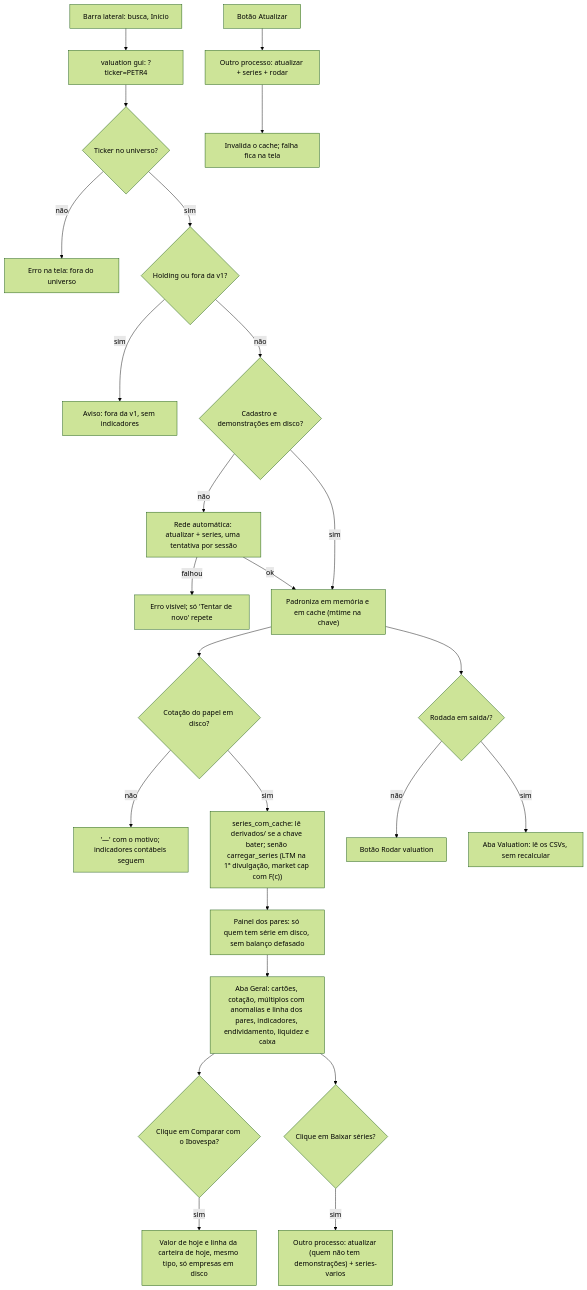
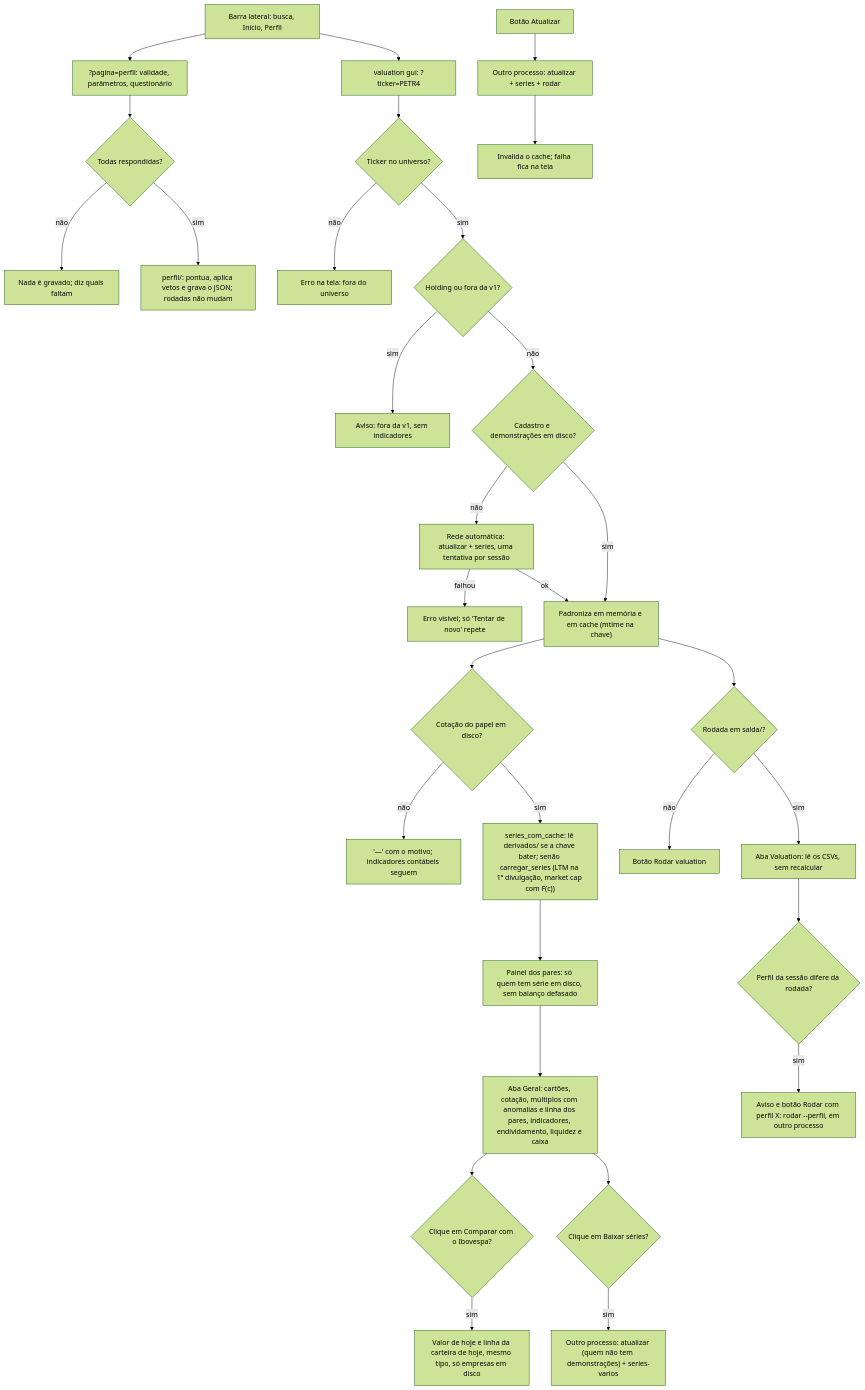
One commit to luiz2801/lastro changed the fifth of 5 diagrams in docs/diagrama_atividades.md. Above: the diagram before and after it, drawn with Mermaid (forest theme). The commit also changed 11 other files, not shown here.

First line of the commit message:
gui: perfil do investidor na tela, com override só da sessão (D, ADR 0024)

````diff
--- a/docs/diagrama_atividades.md
+++ b/docs/diagrama_atividades.md
@@ -307,27 +307,33 @@
 ```mermaid
 flowchart TD
-  Z["Barra lateral: busca, Início"] --> A
+  Z["Barra lateral: busca, Início, Perfil"] --> A
+  Z --> Y["?pagina=perfil: validade, parâmetros, questionário"]
+  Y --> Y1{"Todas respondidas?"}
+  Y1 -->|não| Y2["Nada é gravado; diz quais faltam"]
+  Y1 -->|sim| Y3["perfil/: pontua, aplica vetos e grava o JSON; rodadas não mudam"]
   A["valuation gui: ?ticker=PETR4"] --> B{"Ticker no universo?"}
   B -->|não| B1["Erro na tela: fora do universo"]
   B -->|sim| C{"Holding ou fora da v1?"}
   C -->|sim| C1["Aviso: fora da v1, sem indicadores"]
   C -->|não| D{"Cadastro e demonstrações em disco?"}
   D -->|não| E["Rede automática: atualizar + series, uma tentativa por sessão"]
   E -->|falhou| E1["Erro visível; só 'Tentar de novo' repete"]
   E -->|ok| F
   D -->|sim| F["Padroniza em memória e em cache (mtime na chave)"]
   F --> G{"Cotação do papel em disco?"}
   G -->|não| G1["'—' com o motivo; indicadores contábeis seguem"]
   G -->|sim| H["series_com_cache: lê derivados/ se a chave bater; senão carregar_series (LTM na 1ª divulgação, market cap com F(c))"]
   H --> P["Painel dos pares: só quem tem série em disco, sem balanço defasado"]
   P --> I["Aba Geral: cartões, cotação, múltiplos com anomalias e linha dos pares, indicadores, endividamento, liquidez e caixa"]
   I --> J{"Clique em Comparar com o Ibovespa?"}
   J -->|sim| J1["Valor de hoje e linha da carteira de hoje, mesmo tipo, só empresas em disco"]
   I --> Q{"Clique em Baixar séries?"}
   Q -->|sim| Q1["Outro processo: atualizar (quem não tem demonstrações) + series-varios"]
   F --> K{"Rodada em saida/?"}
   K -->|não| K1["Botão Rodar valuation"]
   K -->|sim| L["Aba Valuation: lê os CSVs, sem recalcular"]
+  L --> R{"Perfil da sessão difere da rodada?"}
+  R -->|sim| R1["Aviso e botão Rodar com perfil X: rodar --perfil, em outro processo"]
   M["Botão Atualizar"] --> N["Outro processo: atualizar + series + rodar"]
   N --> O["Invalida o cache; falha fica na tela"]
 ```
````
